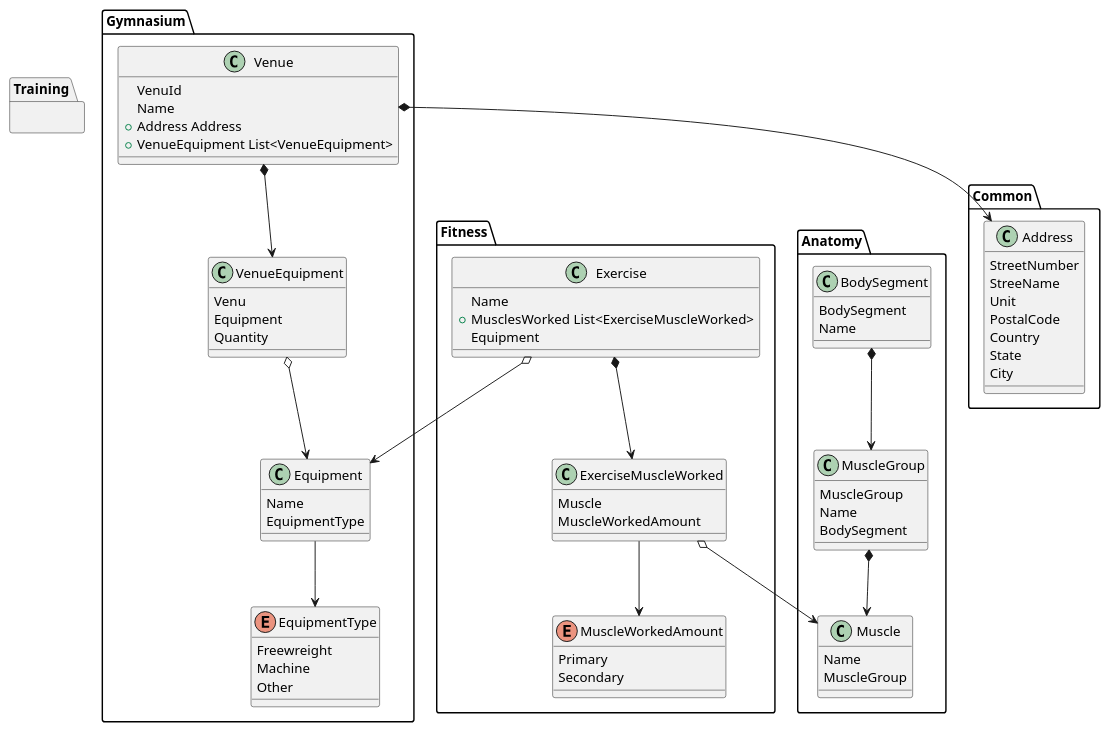
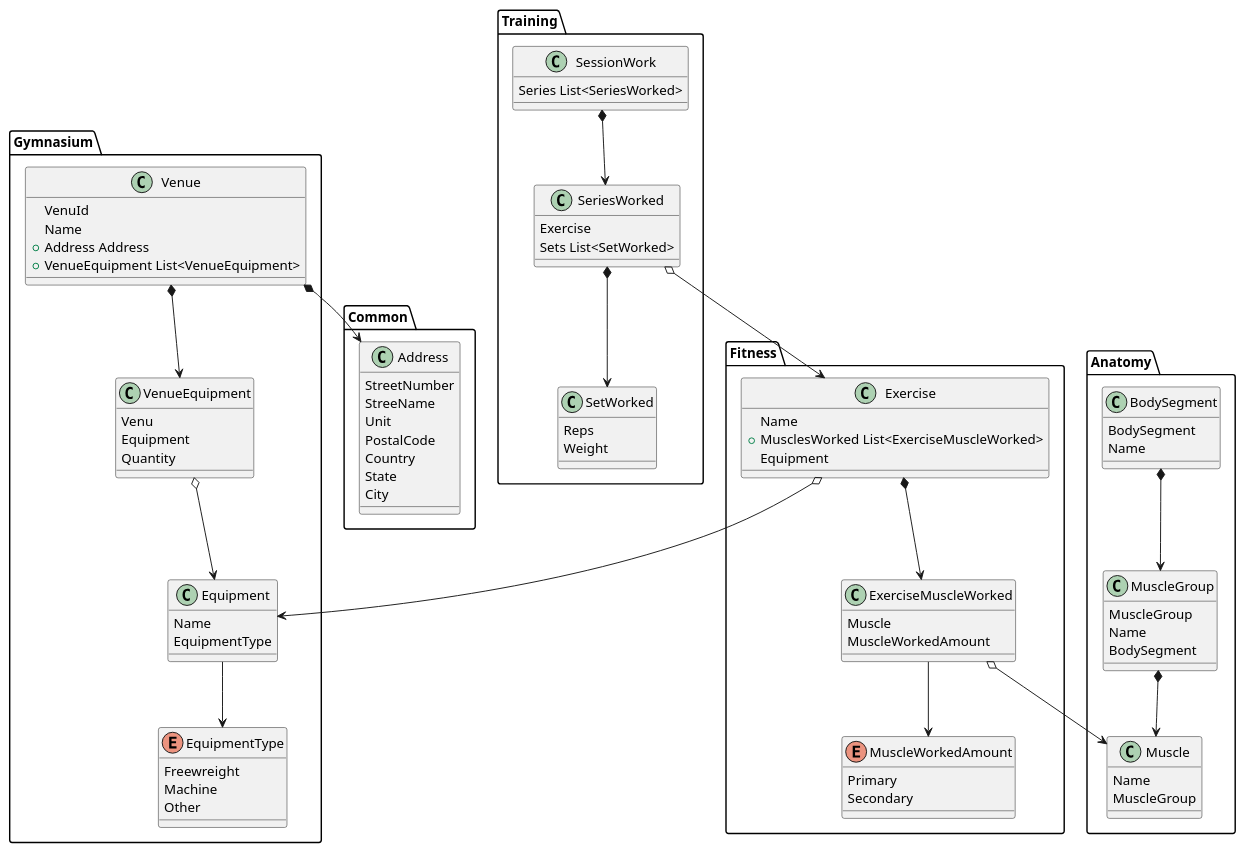
Before and after one commit to MatthewVRobertson/fortitutor-docs: the diagram in Core.plantuml, drawn with PlantUML.

Commit message:
Uml Class Model

```diff
--- a/Core.plantuml
+++ b/Core.plantuml
@@ -1,93 +1,111 @@
 @startuml
 
 package Anatomy {
     class MuscleGroup {
         MuscleGroup
         Name
         BodySegment
     }
 
     class Muscle {
         Name
         MuscleGroup
     }
 
     class BodySegment {
         BodySegment
         Name
     }
     
     BodySegment *--> MuscleGroup
     MuscleGroup *--> Muscle
 }
 
 package Fitness {
     class Exercise {
         Name
         + MusclesWorked List<ExerciseMuscleWorked>
         Equipment
     }
 
     class ExerciseMuscleWorked {
         Muscle
         MuscleWorkedAmount
     }
 
     enum MuscleWorkedAmount {
         Primary
         Secondary
     }
 
     Exercise *--> ExerciseMuscleWorked
     ExerciseMuscleWorked --> MuscleWorkedAmount
     ExerciseMuscleWorked o--> Anatomy.Muscle
 }
 
 Fitness.Exercise o--> Gymnasium.Equipment
 
 package Training {
+    class SessionWork {
+        Series List<SeriesWorked>
+    }
 
+    class SeriesWorked {
+        Exercise
+        Sets List<SetWorked>
+    }
+
+    class SetWorked {
+        Reps
+        Weight
+    }
+
+    SessionWork *--> SeriesWorked
+    SeriesWorked *--> SetWorked
 }
+
+Training.SeriesWorked o--> Fitness.Exercise
+
 package Gymnasium {
     class Venue {
         VenuId
         Name  
         + Address Address      
         + VenueEquipment List<VenueEquipment>
     }
 
     class VenueEquipment {
         Venu
         Equipment
         Quantity
     }
 
     class Equipment {
         Name
         EquipmentType
     }
 
     enum EquipmentType {
         Freewreight
         Machine
         Other
     }
     
     Venue *--> VenueEquipment
     VenueEquipment o--> Equipment
     Equipment --> EquipmentType
 }
 Venue *--> Common.Address
 
 package Common {
     class Address {
         StreetNumber
         StreeName
         Unit
         PostalCode
         Country
         State
         City
     }
 }
 @enduml
```
